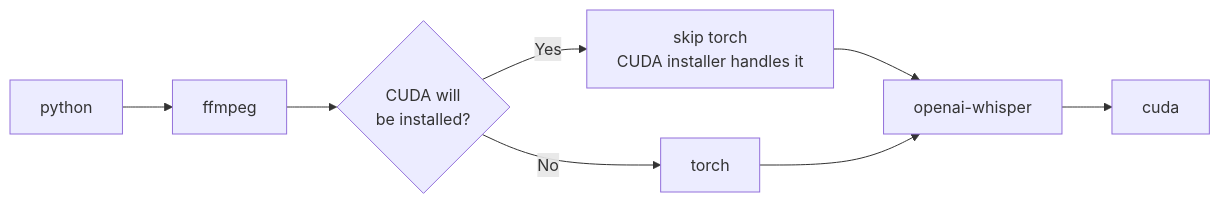
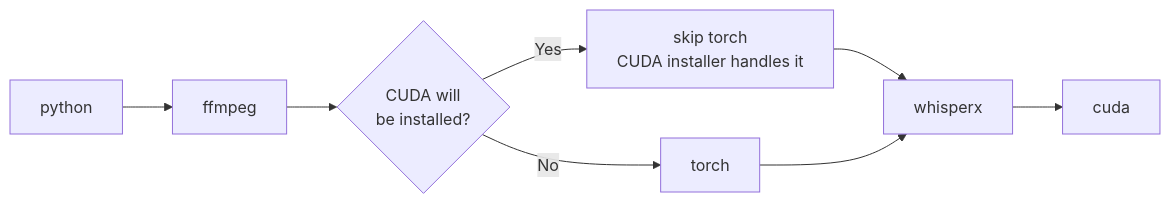
The seventh of 8 diagrams in docs/PREREQUISITES_FLOW.md (mohammadreza-davarzani/Whisper-Studio), drawn with Mermaid before and after one commit. The commit also changed other lines of this file and 16 other files, not shown here.

````diff
--- a/docs/PREREQUISITES_FLOW.md
+++ b/docs/PREREQUISITES_FLOW.md
@@ -168,9 +168,9 @@
 ```mermaid
 flowchart LR
     A[python] --> B[ffmpeg] --> C{CUDA will\nbe installed?}
     C -- Yes --> D[skip torch\nCUDA installer handles it]
     C -- No --> E[torch]
-    D --> F[openai-whisper]
+    D --> F[whisperx]
     E --> F
     F --> G[cuda]
 ```
````
